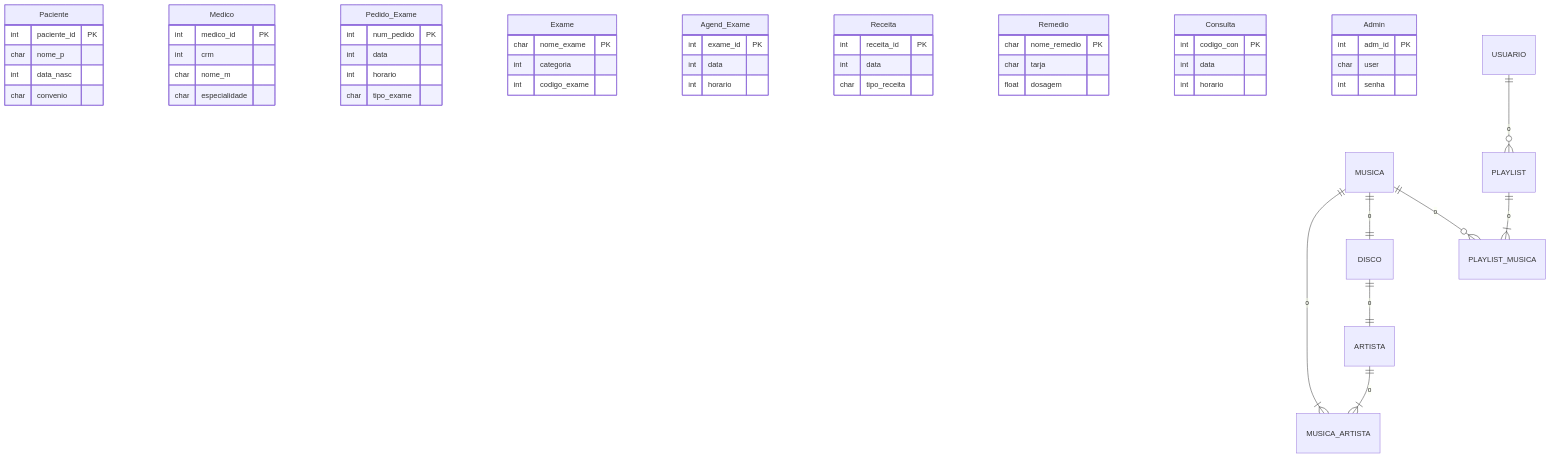
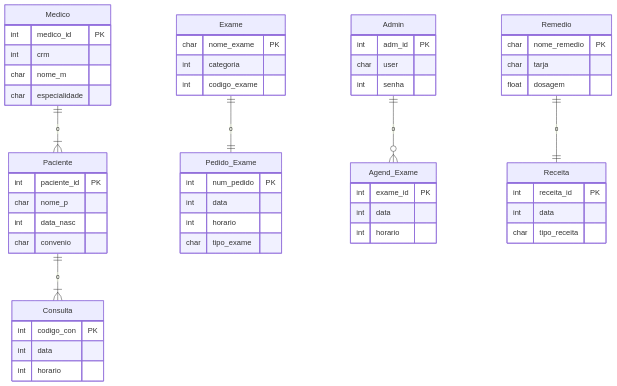
One commit to StellaOli/ModelandoSQL changed the diagram in MR.md. Above: the diagram before and after it, drawn with Mermaid.

````diff
--- a/MR.md
+++ b/MR.md
@@ -2,76 +2,75 @@
 ```mermaid
 erDiagram
      Paciente{
         int paciente_id PK
         char nome_p
         int data_nasc 
         char convenio
         }
 
 
      Medico{
        int medico_id PK
        int crm
        char nome_m 
        char especialidade
         }
 
 
       Pedido_Exame{
         int num_pedido PK
         int data 
         int horario
         char tipo_exame
         }
 
 
       Exame{
         char nome_exame PK
         int categoria
         int codigo_exame
         }
 
 
        Agend_Exame{
           int exame_id  PK
           int data
           int horario
         }
 
        Receita{
          int receita_id  PK
          int data
          char tipo_receita
         }
 
 
        Remedio{
          char nome_remedio  PK
          char tarja 
          float dosagem 
          }
 
  
        Consulta{
             int codigo_con PK
             int data
             int horario
          }
 
 
         Admin{
            int adm_id  PK
            char user
            int senha
          }
 
-    MUSICA ||--|{ MUSICA_ARTISTA: o
-    ARTISTA ||--|{ MUSICA_ARTISTA : o
-    MUSICA ||--|| DISCO : o
-    DISCO ||--|| ARTISTA : o
-    USUARIO ||--o{ PLAYLIST : o
-    PLAYLIST ||--|{ PLAYLIST_MUSICA : o 
-    MUSICA ||--o{ PLAYLIST_MUSICA : o
+    Medico ||--|{ Paciente: o
+    Paciente ||--|{ Consulta : o
+    Remedio ||--|| Receita : o
+    Exame ||--|| Pedido_Exame : o
+    Admin ||--o{ Agend_Exame : o
+    
 
 
 ```
````
